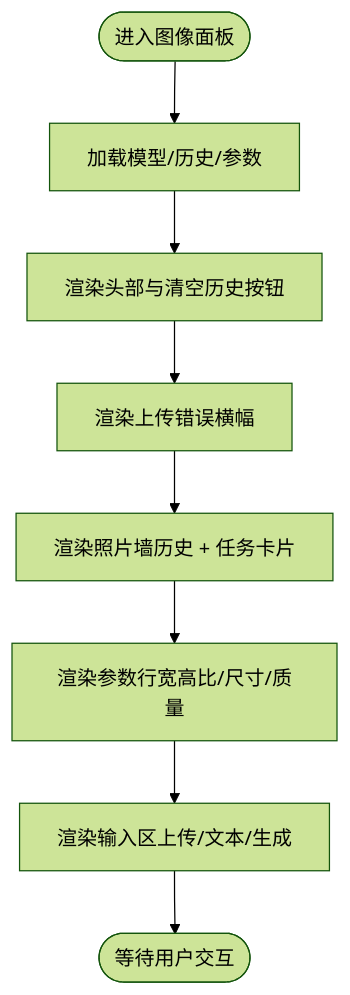
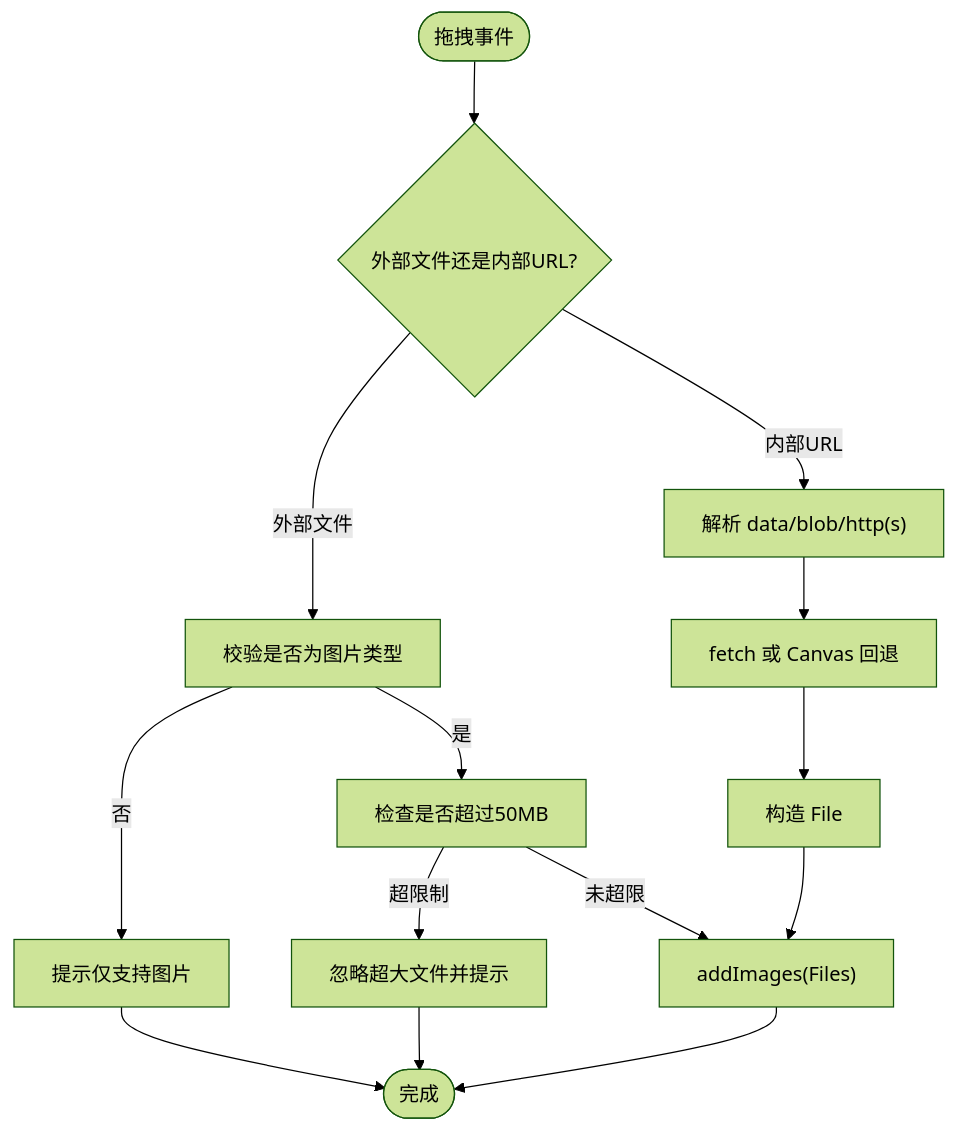
One commit to billye220670/AIShop changed the third of 10 diagrams in .qoder/repowiki/zh/content/图像生成功能/图像面板组件.md. Above: the diagram before and after it, drawn with Mermaid (forest theme). The commit also changed other lines of this file and 135 other files, not shown here.

````diff
--- a/.qoder/repowiki/zh/content/图像生成功能/图像面板组件.md
+++ b/.qoder/repowiki/zh/content/图像生成功能/图像面板组件.md
@@ -152,10 +167,16 @@
 ```mermaid
 flowchart TD
-Start(["进入图像面板"]) --> LoadState["加载模型/历史/参数"]
-LoadState --> RenderHeader["渲染头部与清空历史按钮"]
-RenderHeader --> RenderBanner["渲染上传错误横幅"]
-RenderBanner --> RenderGrid["渲染照片墙历史 + 任务卡片"]
-RenderGrid --> RenderParams["渲染参数行宽高比/尺寸/质量"]
-RenderParams --> RenderInput["渲染输入区上传/文本/生成"]
-RenderInput --> End(["等待用户交互"])
+Start(["拖拽事件"]) --> Type{"外部文件还是内部URL?"}
+Type --> |外部文件| CheckType["校验是否为图片类型"]
+CheckType --> |否| Err["提示仅支持图片"]
+CheckType --> |是| SizeCheck["检查是否超过50MB"]
+SizeCheck --> |超限制| Warn["忽略超大文件并提示"]
+SizeCheck --> |未超限| AddRef["addImages(Files)"]
+Type --> |内部URL| ParseURL["解析 data/blob/http(s)"]
+ParseURL --> FetchOrCanvas["fetch 或 Canvas 回退"]
+FetchOrCanvas --> CreateFile["构造 File"]
+CreateFile --> AddRef
+AddRef --> End(["完成"])
+Err --> End
+Warn --> End
 ```
````
